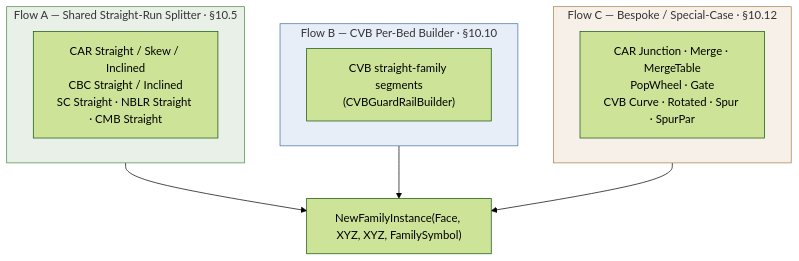
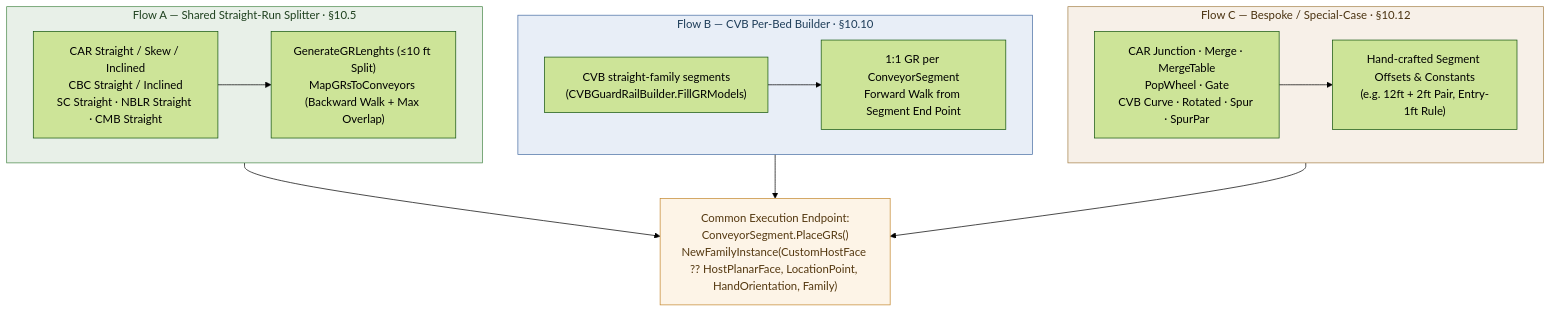
One commit to Mustafa-TOMMY/CommandSamplesRevitApiVer2025 changed diagram 11 of 20 in RevitApiSamples/Samples/TransformModule/ProjectCases/Conveyor/ConveyorFamilyGeometry.md. Above: the diagram before and after it, drawn with Mermaid (forest theme). The commit also changed other lines of this file, not shown here.

Commit message:
docs(transform): add comprehensive diagram suite to ConveyorFamilyGeometry.md

````diff
--- a/RevitApiSamples/Samples/TransformModule/ProjectCases/Conveyor/ConveyorFamilyGeometry.md
+++ b/RevitApiSamples/Samples/TransformModule/ProjectCases/Conveyor/ConveyorFamilyGeometry.md
@@ -388,19 +548,31 @@
 ```mermaid
 flowchart TD
     subgraph FlowA["Flow A — Shared Straight-Run Splitter · §10.5"]
         A1["CAR Straight / Skew / Inclined<br/>CBC Straight / Inclined<br/>SC Straight · NBLR Straight · CMB Straight"]
+        A2["GenerateGRLenghts (≤10 ft Split)<br/>MapGRsToConveyors (Backward Walk + Max Overlap)"]
+        A1 --> A2
     end
     subgraph FlowB["Flow B — CVB Per-Bed Builder · §10.10"]
-        B1["CVB straight-family segments<br/>(CVBGuardRailBuilder)"]
+        B1["CVB straight-family segments<br/>(CVBGuardRailBuilder.FillGRModels)"]
+        B2["1:1 GR per ConveyorSegment<br/>Forward Walk from Segment End Point"]
+        B1 --> B2
     end
     subgraph FlowC["Flow C — Bespoke / Special-Case · §10.12"]
         C1["CAR Junction · Merge · MergeTable<br/>PopWheel · Gate<br/>CVB Curve · Rotated · Spur · SpurPar"]
+        C2["Hand-crafted Segment Offsets & Constants<br/>(e.g. 12ft + 2ft Pair, Entry-1ft Rule)"]
+        C1 --> C2
     end
-    FlowA --> End["NewFamilyInstance(Face, XYZ, XYZ, FamilySymbol)"]
-    FlowB --> End
-    FlowC --> End
 
-    style FlowA fill:#e8f0e8,stroke:#4a8a4a
-    style FlowB fill:#e8eef7,stroke:#4a6fa5
-    style FlowC fill:#f7f0e8,stroke:#a5824a
+    FlowA --> SharedEnd["Common Execution Endpoint:<br/>ConveyorSegment.PlaceGRs()<br/>NewFamilyInstance(CustomHostFace ?? HostPlanarFace, LocationPoint, HandOrientation, Family)"]
+    FlowB --> SharedEnd
+    FlowC --> SharedEnd
+
+    classDef flowA fill:#e8f0e8,stroke:#4a8a4a,color:#1e401e;
+    classDef flowB fill:#e8eef7,stroke:#4a6fa5,color:#1e3d59;
+    classDef flowC fill:#f7f0e8,stroke:#a5824a,color:#4a3210;
+    classDef endPt fill:#fdf4e7,stroke:#c48830,color:#543810;
+    class FlowA flowA
+    class FlowB flowB
+    class FlowC flowC
+    class SharedEnd endPt
 ```
````
